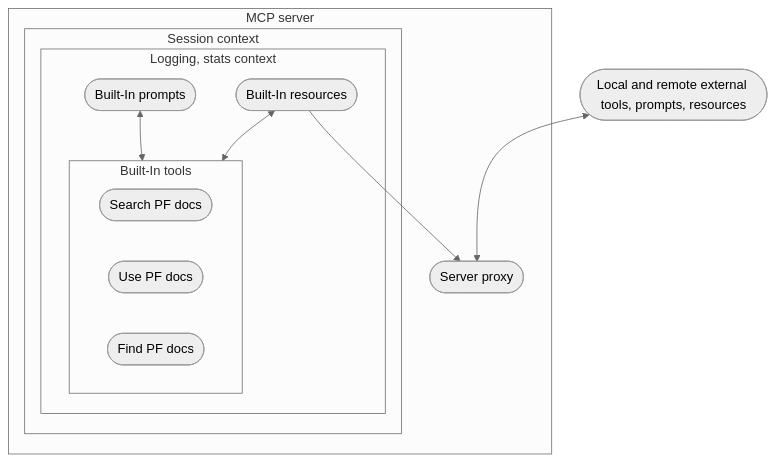
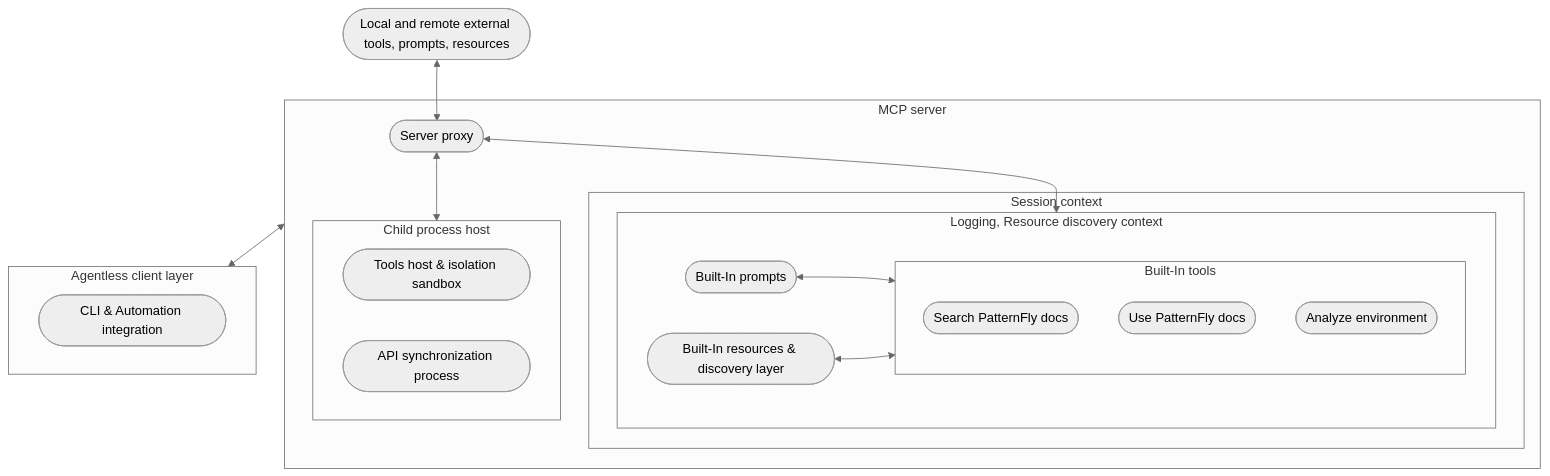
The second of 2 diagrams in docs/architecture.md (patternfly/patternfly-mcp), drawn with Mermaid (neutral theme) before and after one commit. The commit also changed other lines of this file and 5 other files, not shown here.

First line of the commit message:
docs: update usage, architecture, maintenance (#143)

````diff
--- a/docs/architecture.md
+++ b/docs/architecture.md
@@ -86,22 +103,31 @@
 ```mermaid
 flowchart TD
   subgraph A1["MCP server"]
     subgraph E1["Session context"]
-      subgraph F1["Logging, stats context"]
+      subgraph F1["Logging, Resource discovery context"]
         F1C(["Built-In prompts"])
         F1C <--> F1A
         subgraph F1A["Built-In tools"]
-          F1AA(["Search PF docs"])
-          F1AB(["Use PF docs"])
-          F1AC(["Find PF docs"])
+          F1AA(["Search PatternFly docs"])
+          F1AB(["Use PatternFly docs"])
+          F1AC(["Analyze environment"])
         end
         F1B <--> F1A
-        F1B(["Built-In resources"])
+        F1B(["Built-In resources & discovery layer"])
       end
     end
-    F1B --> D1
     D1(["Server proxy"])
+    D1 <--> F1
+    subgraph G1["Child process host"]
+      G1A(["Tools host & isolation sandbox"])
+      G1B(["API synchronization process"])
+    end
+    D1 <--> G1
   end
+  subgraph H1["Agentless client layer"]
+    H1A(["CLI & Automation integration"])
+  end
+  A1 <--> H1
   B1(["Local and remote external tools, prompts, resources"])
   B1 <--> D1
 ```
````
